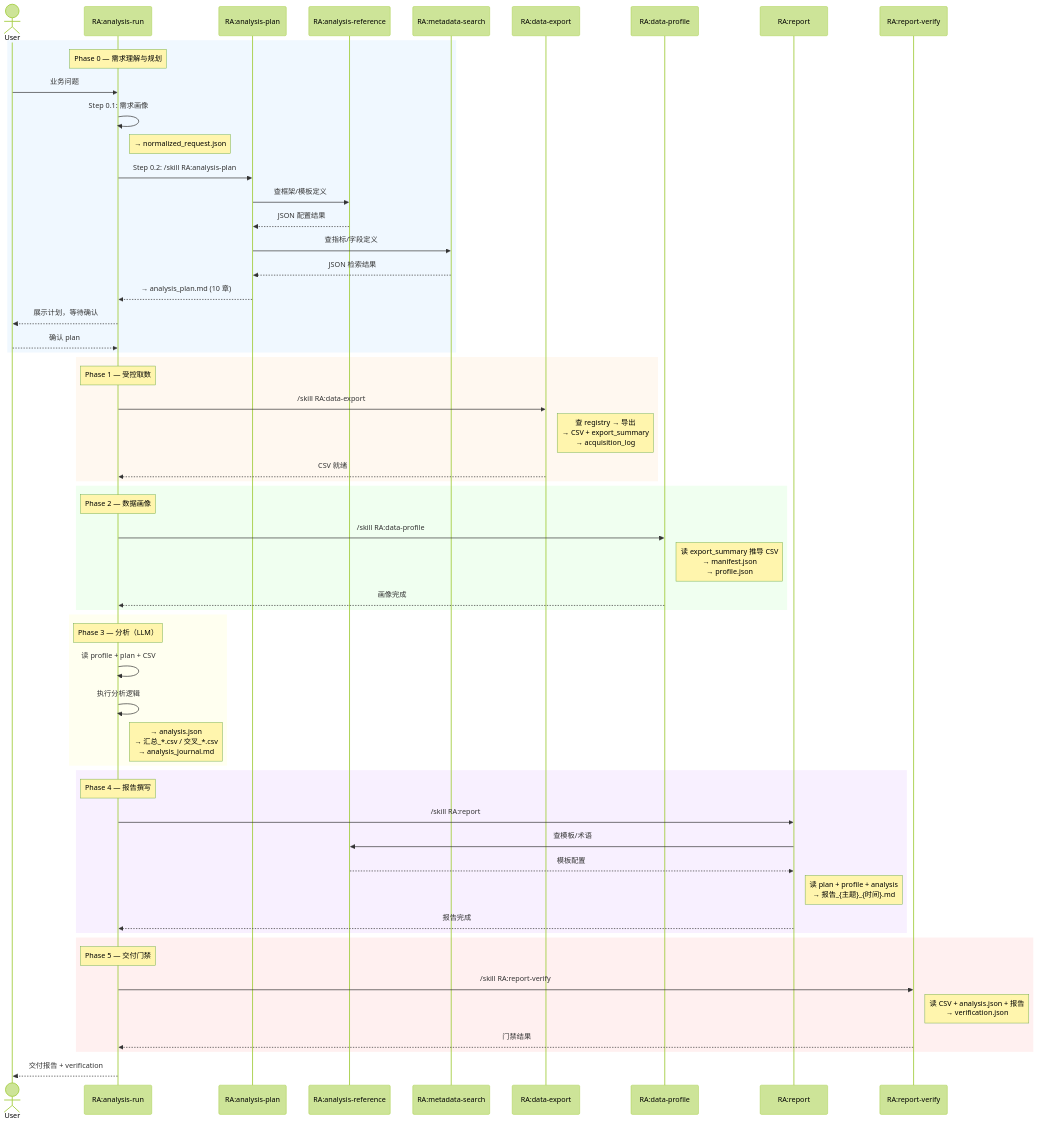
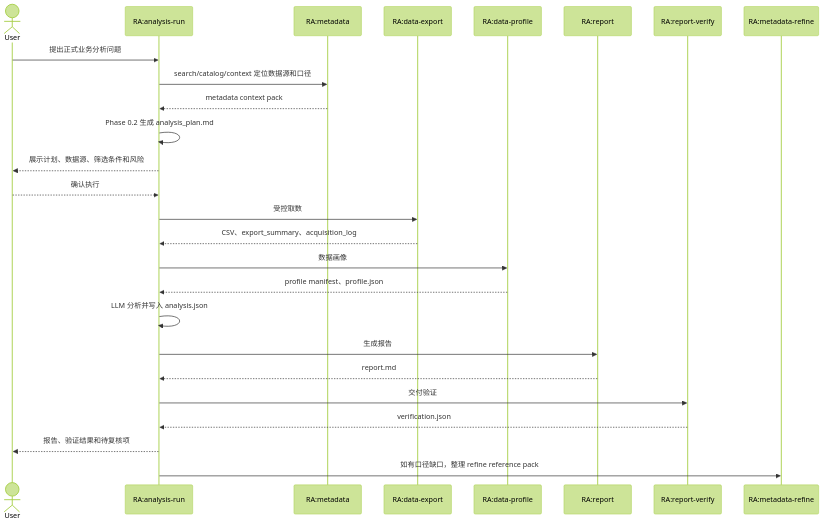
Before and after one commit to dabaige53/RealAnalyst: the first of 3 diagrams in docs/skill-interaction-design.md, drawn with Mermaid (forest theme). The commit also changed other lines of this file and 8 other files, not shown here.

Commit message:
docs: document skill architecture optimization

````diff
--- a/docs/skill-interaction-design.md
+++ b/docs/skill-interaction-design.md
@@ -86,66 +59,29 @@
 ```mermaid
 sequenceDiagram
     actor User
     participant AR as RA:analysis-run
-    participant AP as RA:analysis-plan
-    participant RL as RA:analysis-reference
-    participant MS as RA:metadata-search
+    participant M as RA:metadata
     participant EX as RA:data-export
     participant DP as RA:data-profile
     participant RPT as RA:report
     participant RV as RA:report-verify
+    participant REF as RA:metadata-refine
 
-    rect rgb(240, 248, 255)
-    Note over AR: Phase 0 — 需求理解与规划
-    User->>AR: 业务问题
-    AR->>AR: Step 0.1: 需求画像
-    Note right of AR: → normalized_request.json
-    AR->>AP: Step 0.2: /skill RA:analysis-plan
-    AP->>RL: 查框架/模板定义
-    RL-->>AP: JSON 配置结果
-    AP->>MS: 查指标/字段定义
-    MS-->>AP: JSON 检索结果
-    AP-->>AR: → analysis_plan.md (10 章)
-    AR-->>User: 展示计划，等待确认
-    User-->>AR: 确认 plan
-    end
-
-    rect rgb(255, 248, 240)
-    Note over AR: Phase 1 — 受控取数
-    AR->>EX: /skill RA:data-export
-    Note right of EX: 查 registry → 导出<br/>→ CSV + export_summary<br/>→ acquisition_log
-    EX-->>AR: CSV 就绪
-    end
-
-    rect rgb(240, 255, 240)
-    Note over AR: Phase 2 — 数据画像
-    AR->>DP: /skill RA:data-profile
-    Note right of DP: 读 export_summary 推导 CSV<br/>→ manifest.json<br/>→ profile.json
-    DP-->>AR: 画像完成
-    end
-
-    rect rgb(255, 255, 240)
-    Note over AR: Phase 3 — 分析（LLM）
-    AR->>AR: 读 profile + plan + CSV
-    AR->>AR: 执行分析逻辑
-    Note right of AR: → analysis.json<br/>→ 汇总_*.csv / 交叉_*.csv<br/>→ analysis_journal.md
-    end
-
-    rect rgb(248, 240, 255)
-    Note over AR: Phase 4 — 报告撰写
-    AR->>RPT: /skill RA:report
-    RPT->>RL: 查模板/术语
-    RL-->>RPT: 模板配置
-    Note right of RPT: 读 plan + profile + analysis<br/>→ 报告_{主题}_{时间}.md
-    RPT-->>AR: 报告完成
-    end
-
-    rect rgb(255, 240, 240)
-    Note over AR: Phase 5 — 交付门禁
-    AR->>RV: /skill RA:report-verify
-    Note right of RV: 读 CSV + analysis.json + 报告<br/>→ verification.json
-    RV-->>AR: 门禁结果
-    end
-
-    AR-->>User: 交付报告 + verification
+    User->>AR: 提出正式业务分析问题
+    AR->>M: search/catalog/context 定位数据源和口径
+    M-->>AR: metadata context pack
+    AR->>AR: Phase 0.2 生成 analysis_plan.md
+    AR-->>User: 展示计划、数据源、筛选条件和风险
+    User-->>AR: 确认执行
+    AR->>EX: 受控取数
+    EX-->>AR: CSV、export_summary、acquisition_log
+    AR->>DP: 数据画像
+    DP-->>AR: profile manifest、profile.json
+    AR->>AR: LLM 分析并写入 analysis.json
+    AR->>RPT: 生成报告
+    RPT-->>AR: report.md
+    AR->>RV: 交付验证
+    RV-->>AR: verification.json
+    AR-->>User: 报告、验证结果和待复核项
+    AR->>REF: 如有口径缺口，整理 refine reference pack
 ```
````
